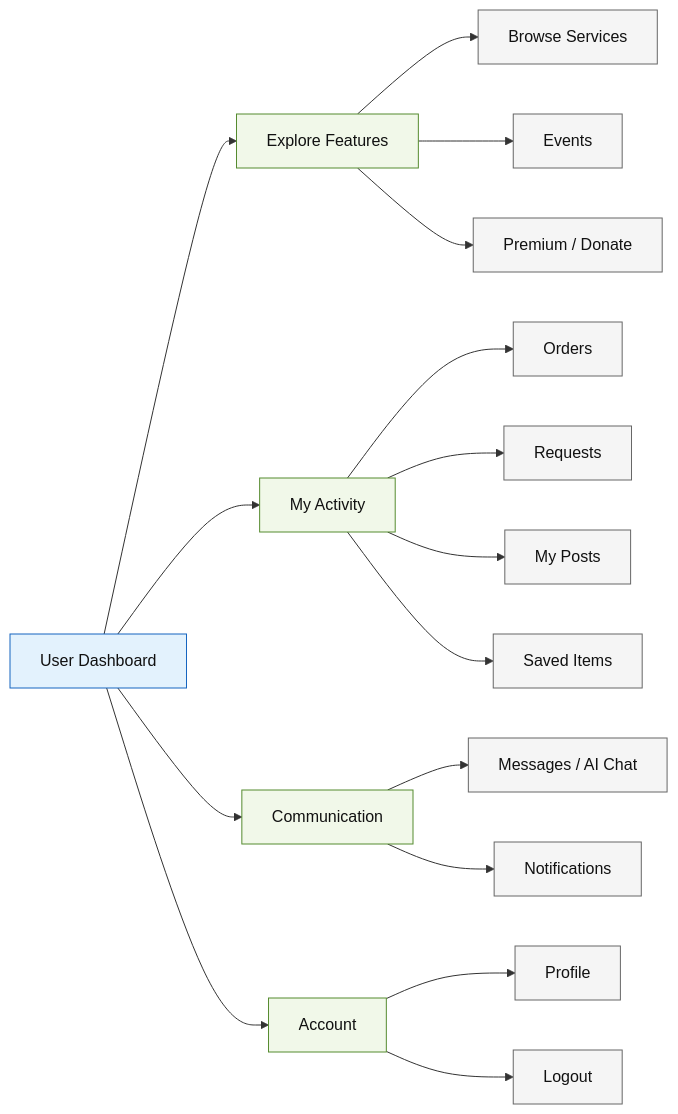
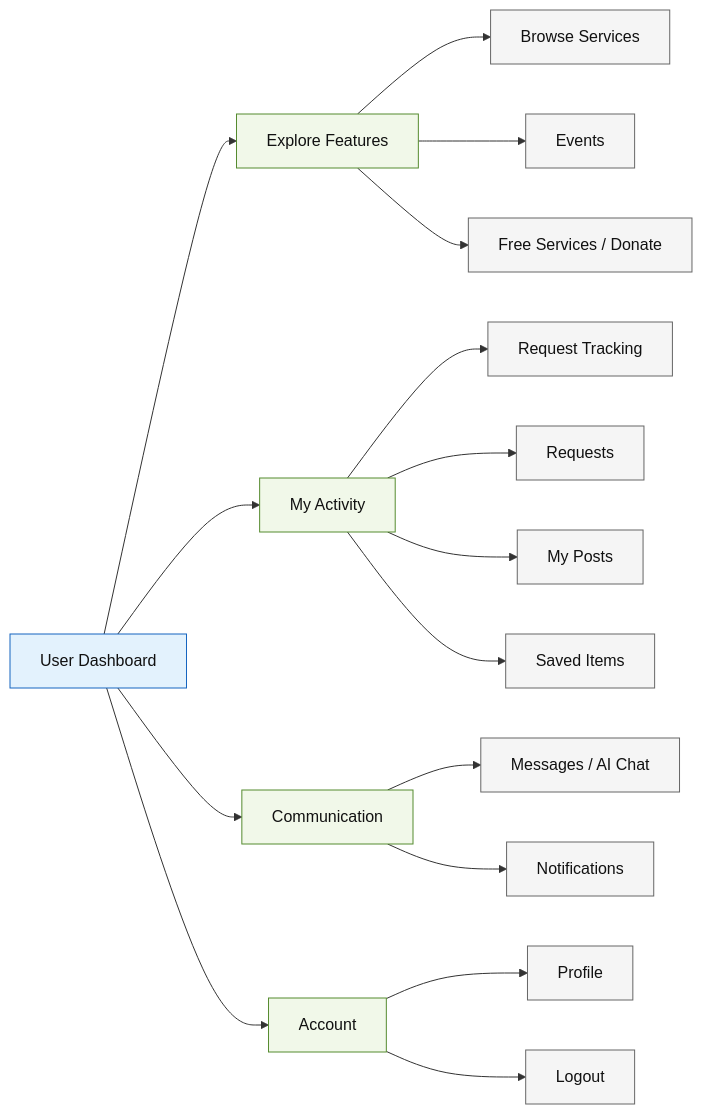
One commit to CapstoneDesign-Spring2026-UlsanCollege/Free_Sewaa changed the second of 6 diagrams in docs/Project_UML diagram/USER_FLOW_DIAGRAM.md. Above: the diagram before and after it, drawn with Mermaid. The commit also changed other lines of this file and 67 other files, not shown here.

````diff
--- a/docs/Project_UML diagram/USER_FLOW_DIAGRAM.md
+++ b/docs/Project_UML diagram/USER_FLOW_DIAGRAM.md
@@ -51,32 +51,32 @@
 ```mermaid
 flowchart LR
     Dashboard[User Dashboard]
 
     Dashboard --> Explore[Explore Features]
     Dashboard --> Activity[My Activity]
     Dashboard --> Communication[Communication]
     Dashboard --> Account[Account]
 
     Explore --> Browse[Browse Services]
     Explore --> Events[Events]
-    Explore --> Premium[Premium / Donate]
+    Explore --> Premium[Free Services / Donate]
 
-    Activity --> Orders[Orders]
+    Activity --> RequestTracking[Request Tracking]
     Activity --> Requests[Requests]
     Activity --> Posts[My Posts]
     Activity --> Saved[Saved Items]
 
     Communication --> Messages[Messages / AI Chat]
     Communication --> Notifications[Notifications]
 
     Account --> Profile[Profile]
     Account --> Logout[Logout]
 
     classDef core fill:#e3f2fd,stroke:#1565c0,color:#111;
     classDef group fill:#f1f8e9,stroke:#558b2f,color:#111;
     classDef item fill:#f5f5f5,stroke:#666,color:#111;
 
     class Dashboard core;
     class Explore,Activity,Communication,Account group;
-    class Browse,Events,Premium,Orders,Requests,Posts,Saved,Messages,Notifications,Profile,Logout item;
+    class Browse,Events,Premium,RequestTracking,Requests,Posts,Saved,Messages,Notifications,Profile,Logout item;
 ```
````
